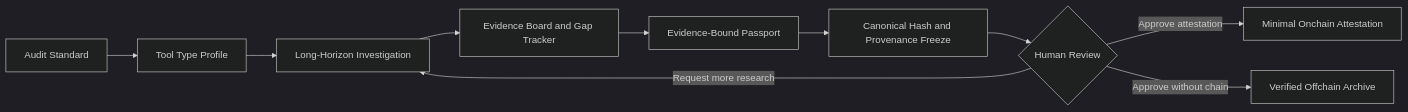
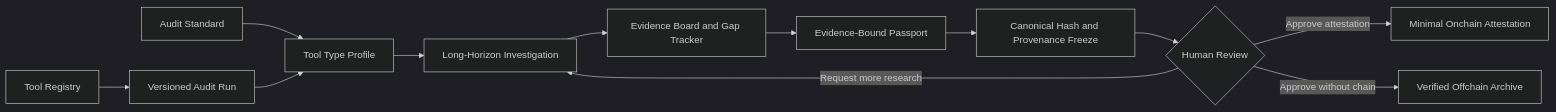
One commit to AlethOS/AlethOS-ToolPassport changed the first of 2 diagrams in docs/project-overview.md. Above: the diagram before and after it, drawn with Mermaid (dark theme). The commit also changed other lines of this file and 4 other files, not shown here.

Commit message:
feat: index registry commitments by tool and run

````diff
--- a/docs/project-overview.md
+++ b/docs/project-overview.md
@@ -24,12 +36,14 @@
 ```mermaid
 flowchart LR
+    Registry["Tool Registry"] --> Run["Versioned Audit Run"]
     Standard["Audit Standard"] --> Profile["Tool Type Profile"]
+    Run --> Profile
     Profile --> Agent["Long-Horizon Investigation"]
     Agent --> Board["Evidence Board and Gap Tracker"]
     Board --> Report["Evidence-Bound Passport"]
     Report --> Freeze["Canonical Hash and Provenance Freeze"]
     Freeze --> Gate{"Human Review"}
     Gate -->|Approve attestation| Chain["Minimal Onchain Attestation"]
     Gate -->|Approve without chain| Archive["Verified Offchain Archive"]
     Gate -->|Request more research| Agent
 ```
````
